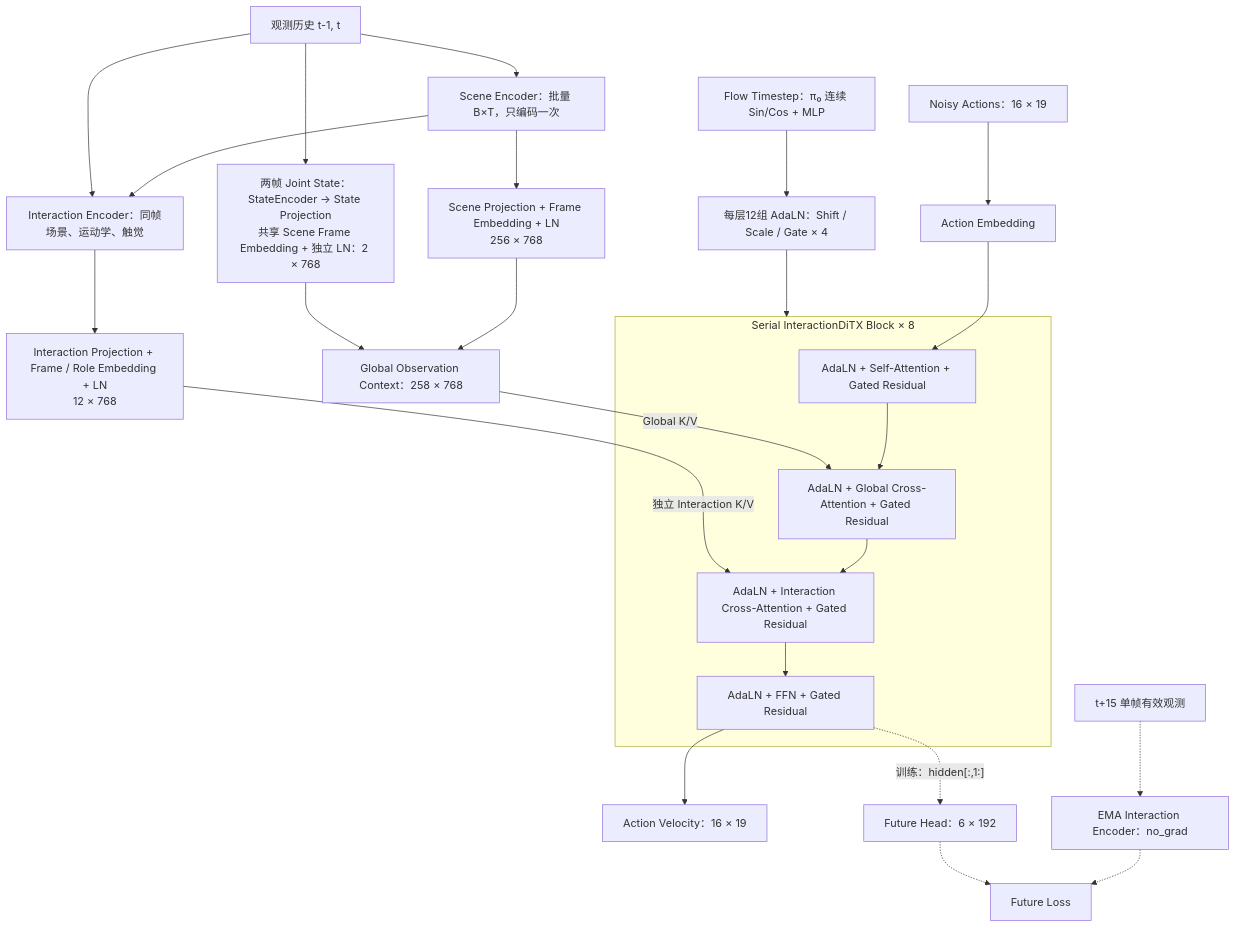
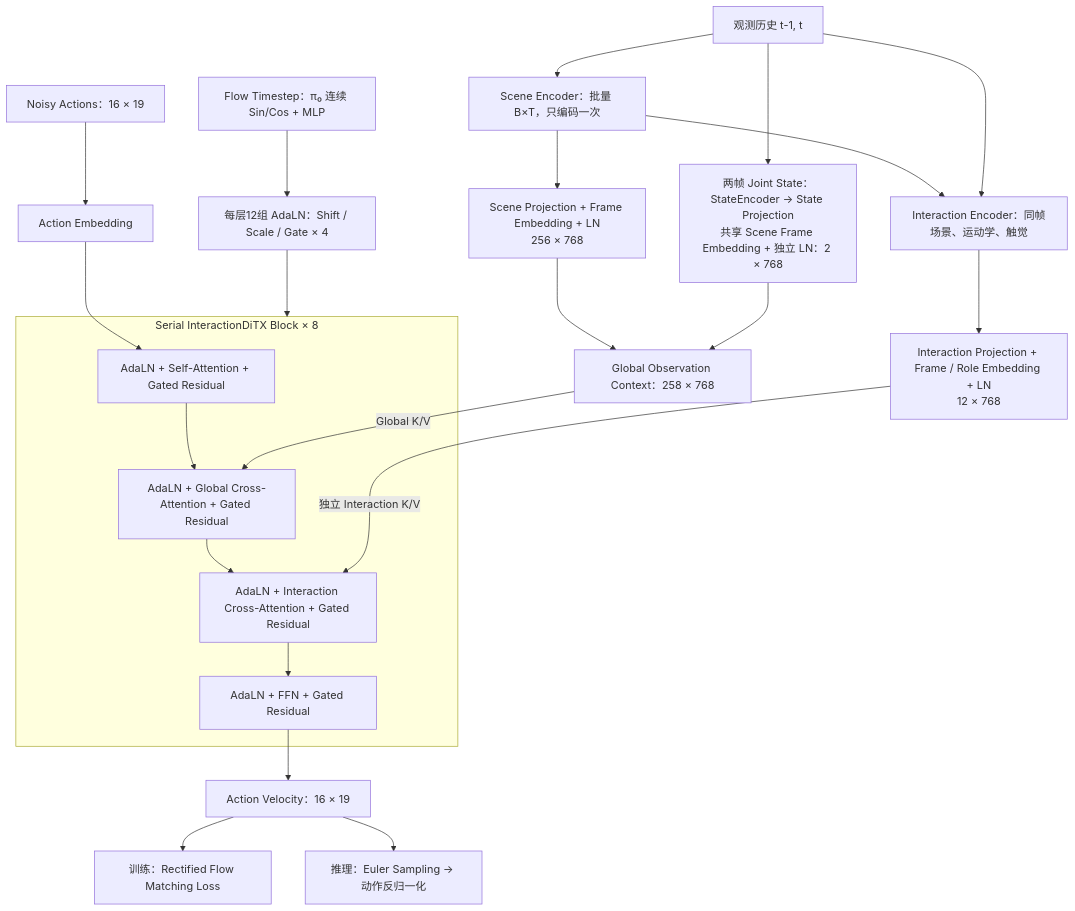
The diagram in docs/InteractionFlow模型架构.md (haoyangzhanglab/dexmani_policy), drawn with Mermaid before and after one commit. The commit also changed other lines of this file and 13 other files, not shown here.

Commit message:
Simplify InteractionFlow to interaction-conditioned rectified flow

````diff
--- a/docs/InteractionFlow模型架构.md
+++ b/docs/InteractionFlow模型架构.md
@@ -29,27 +29,25 @@
 ```mermaid
 flowchart TD
     obs["观测历史 t-1, t"] --> scene_encoder["Scene Encoder：批量 B×T，只编码一次"]
     scene_encoder --> scene["Scene Projection + Frame Embedding + LN<br/>256 × 768"]
     scene_encoder --> inter_encoder["Interaction Encoder：同帧场景、运动学、触觉"]
     obs --> inter_encoder
     inter_encoder --> interaction["Interaction Projection + Frame / Role Embedding + LN<br/>12 × 768"]
     obs --> joints["两帧 Joint State：StateEncoder → State Projection<br/>共享 Scene Frame Embedding + 独立 LN：2 × 768"]
     scene --> global_context["Global Observation Context：258 × 768"]
     joints --> global_context
     time["Flow Timestep：π₀ 连续 Sin/Cos + MLP"] --> adaln["每层12组 AdaLN：Shift / Scale / Gate × 4"]
     noisy["Noisy Actions：16 × 19"] --> embed["Action Embedding"]
     subgraph block["Serial InteractionDiTX Block × 8"]
         sa["AdaLN + Self-Attention + Gated Residual"] --> sca["AdaLN + Global Cross-Attention + Gated Residual"]
         sca --> ica["AdaLN + Interaction Cross-Attention + Gated Residual"]
         ica --> ffn["AdaLN + FFN + Gated Residual"]
     end
     embed --> sa
     adaln --> block
     global_context -->|Global K/V| sca
     interaction -->|独立 Interaction K/V| ica
     ffn --> velocity["Action Velocity：16 × 19"]
-    ffn -. "训练：hidden[:,1:]" .-> head["Future Head：6 × 192"]
-    future["t+15 单帧有效观测"] -.-> teacher["EMA Interaction Encoder：no_grad"]
-    teacher -.-> loss["Future Loss"]
-    head -.-> loss
+    velocity --> loss["训练：Rectified Flow Matching Loss"]
+    velocity --> sampling["推理：Euler Sampling → 动作反归一化"]
 ```
````
